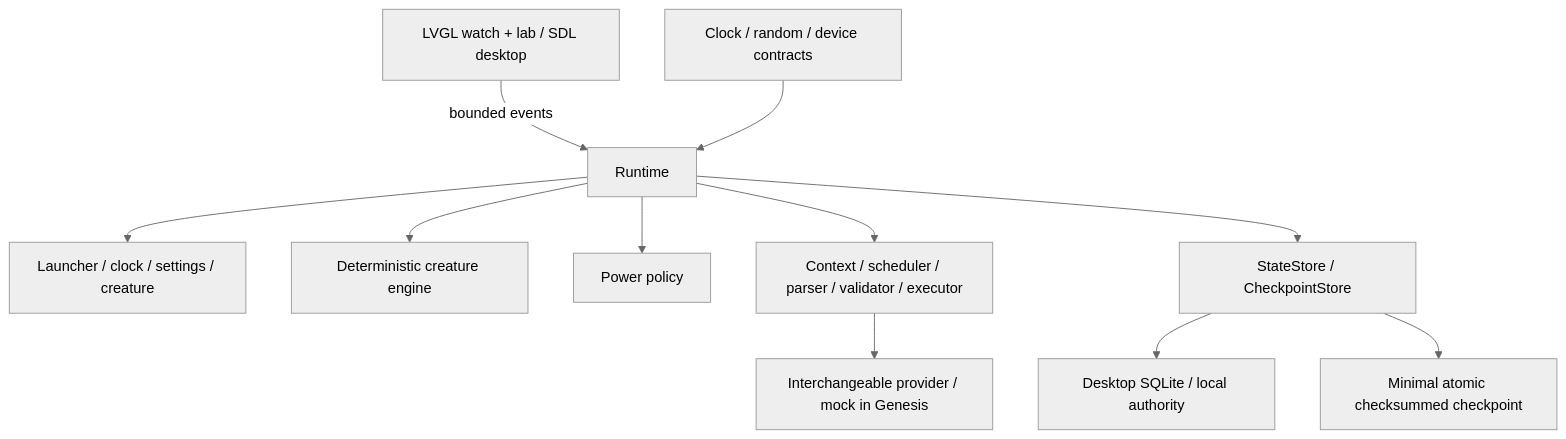
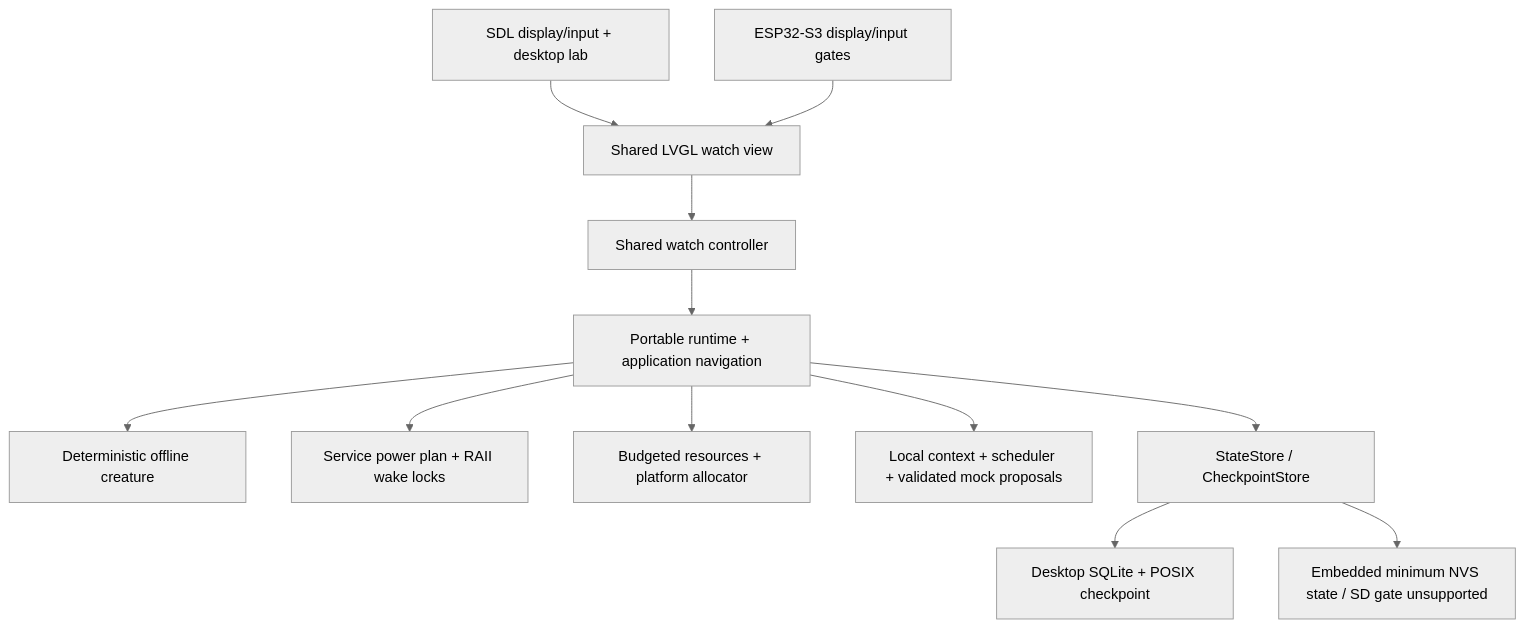
Before and after one commit to Vikappa/daemonOS: the diagram in docs/architecture/overview.md, drawn with Mermaid (neutral theme). The commit also changed other lines of this file and 84 other files, not shown here.

Commit message:
feat: deliver Habitat shared runtime and ESP32-S3 cross-build

````diff
--- a/docs/architecture/overview.md
+++ b/docs/architecture/overview.md
@@ -6,13 +7,14 @@
 ```mermaid
 flowchart TD
-  UI[LVGL watch + lab / SDL desktop] -->|bounded events| Runtime
-  HAL[Clock / random / device contracts] --> Runtime
-  Runtime --> Apps[Launcher / clock / settings / creature]
-  Runtime --> Engine[Deterministic creature engine]
-  Runtime --> Power[Power policy]
-  Runtime --> Cognitive[Context / scheduler / parser / validator / executor]
-  Cognitive --> Provider[Interchangeable provider / mock in Genesis]
+  SDL[SDL display/input + desktop lab] --> View
+  ESP[ESP32-S3 display/input gates] --> View
+  View[Shared LVGL watch view] --> Controller[Shared watch controller]
+  Controller --> Runtime[Portable runtime + application navigation]
+  Runtime --> Creature[Deterministic offline creature]
+  Runtime --> Power[Service power plan + RAII wake locks]
+  Runtime --> Resources[Budgeted resources + platform allocator]
+  Runtime --> Cognition[Local context + scheduler + validated mock proposals]
   Runtime --> Store[StateStore / CheckpointStore]
-  Store --> SQLite[Desktop SQLite / local authority]
-  Store --> Flash[Minimal atomic checksummed checkpoint]
+  Store --> Native[Desktop SQLite + POSIX checkpoint]
+  Store --> NVS[Embedded minimum NVS state / SD gate unsupported]
 ```
````
